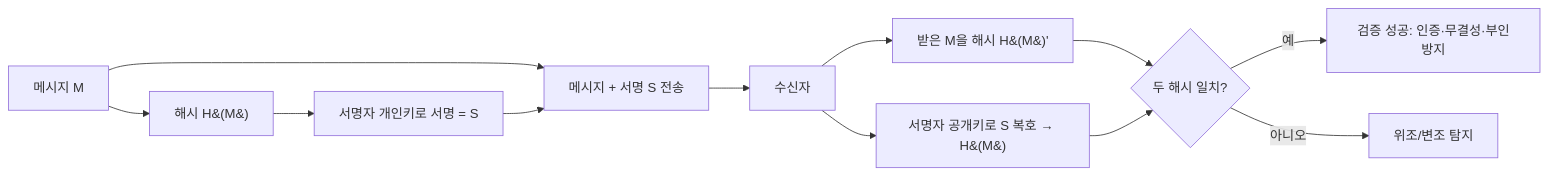
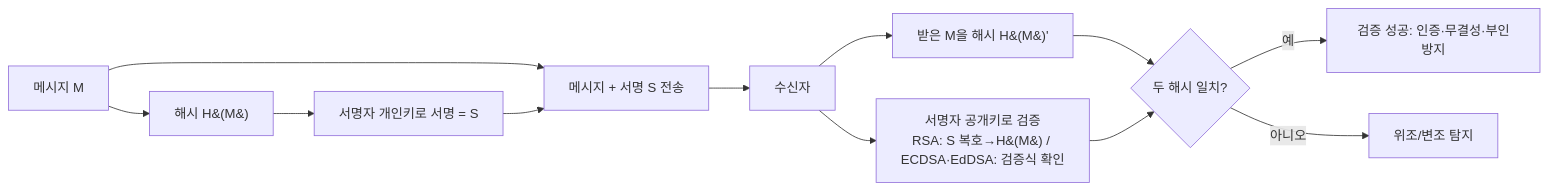
One commit to yang-heeseok/University_KNOU changed the second of 2 diagrams in subjects/4-1/컴퓨터보안/14강.md. Above: the diagram before and after it, drawn with Mermaid. The commit also changed other lines of this file and 14 other files, not shown here.

````diff
--- a/subjects/4-1/컴퓨터보안/14강.md
+++ b/subjects/4-1/컴퓨터보안/14강.md
@@ -110,14 +140,14 @@
 ```mermaid
 graph LR
     M[메시지 M] --> H1[해시 H&#40;M&#41;]
     H1 --> S[서명자 개인키로 서명 = S]
     M --> T[메시지 + 서명 S 전송]
     S --> T
     T --> R[수신자]
     R --> H2[받은 M을 해시 H&#40;M&#41;']
-    R --> V[서명자 공개키로 S 복호 → H&#40;M&#41;]
+    R --> V[서명자 공개키로 검증<br/>RSA: S 복호→H&#40;M&#41; / ECDSA·EdDSA: 검증식 확인]
     H2 --> CMP{두 해시 일치?}
     V --> CMP
     CMP -->|예| OK[검증 성공: 인증·무결성·부인방지]
     CMP -->|아니오| NG[위조/변조 탐지]
 ```
````
